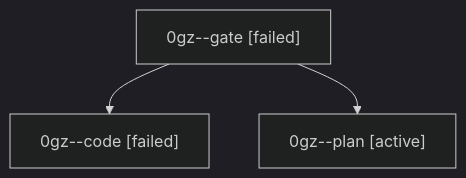
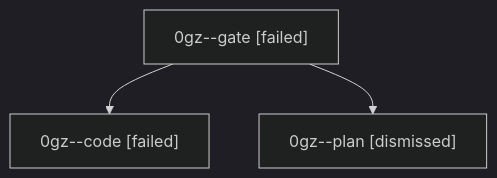
One commit to sase-org/sase--agents changed the diagram in sessions/bbugyi200.athena.0gz.md. Above: the diagram before and after it, drawn with Mermaid (dark theme). The commit also changed other lines of this file and 24 other files, not shown here.

````diff
--- a/sessions/bbugyi200.athena.0gz.md
+++ b/sessions/bbugyi200.athena.0gz.md
@@ -9,8 +9,8 @@
 ```mermaid
 flowchart TD
   n0["0gz--gate [failed]"]
   n1["0gz--code [failed]"]
   n0 --> n1
-  n2["0gz--plan [active]"]
+  n2["0gz--plan [dismissed]"]
   n0 --> n2
 ```
````
